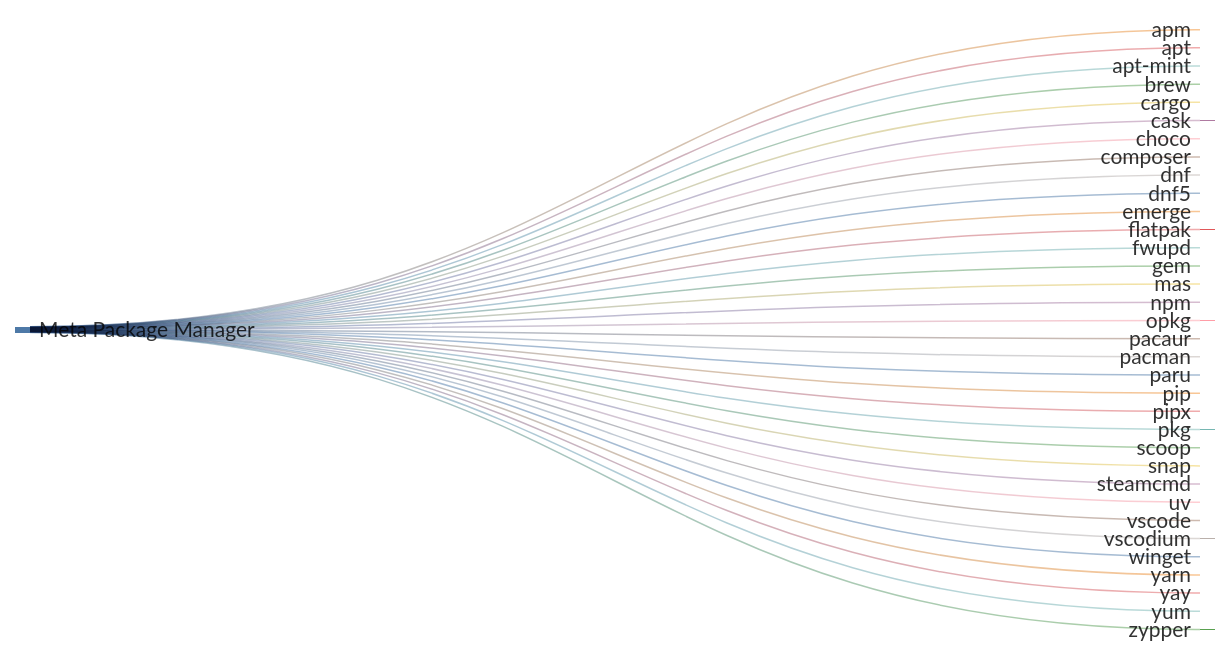
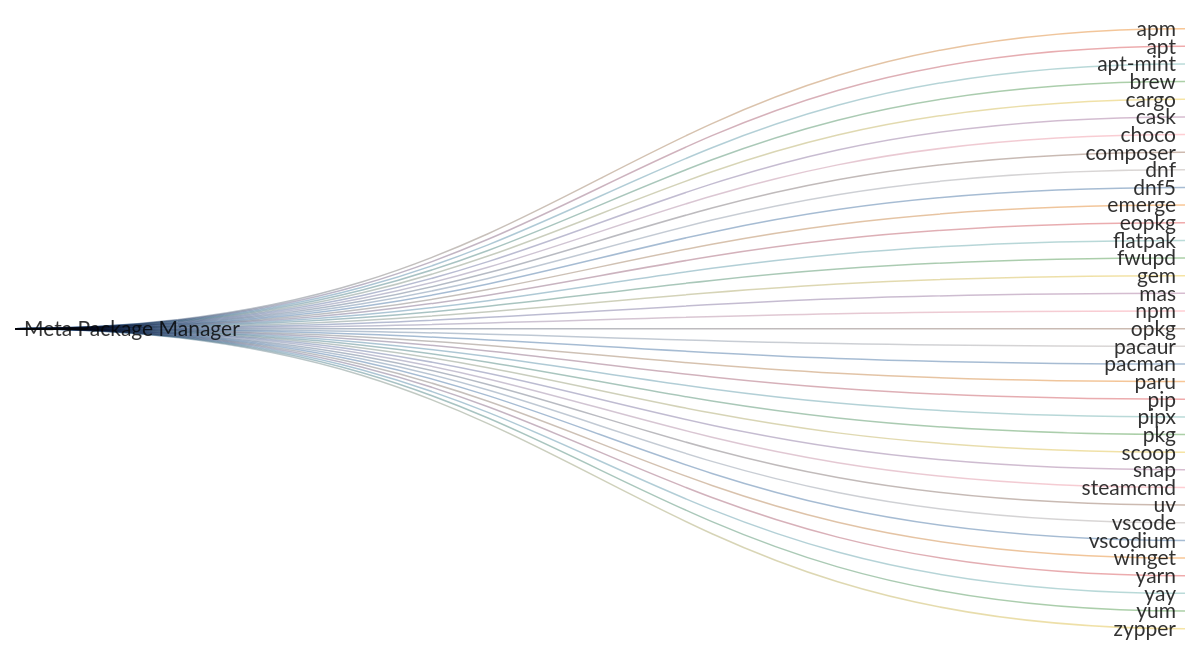
One commit to kdeldycke/meta-package-manager changed the diagram in readme.md. Above: the diagram before and after it, drawn with Mermaid. The commit also changed other lines of this file and 9 other files, not shown here.

First line of the commit message:
Add support for new eopkg manager

````diff
--- a/readme.md
+++ b/readme.md
@@ -65,41 +65,42 @@
 ```mermaid
 ---
 config: {"sankey": {"showValues": false, "width": 800, "height": 400}}
 ---
 sankey-beta
 
 Meta Package Manager,apm,1
 Meta Package Manager,apt,1
 Meta Package Manager,apt-mint,1
 Meta Package Manager,brew,1
 Meta Package Manager,cargo,1
 Meta Package Manager,cask,1
 Meta Package Manager,choco,1
 Meta Package Manager,composer,1
 Meta Package Manager,dnf,1
 Meta Package Manager,dnf5,1
 Meta Package Manager,emerge,1
+Meta Package Manager,eopkg,1
 Meta Package Manager,flatpak,1
 Meta Package Manager,fwupd,1
 Meta Package Manager,gem,1
 Meta Package Manager,mas,1
 Meta Package Manager,npm,1
 Meta Package Manager,opkg,1
 Meta Package Manager,pacaur,1
 Meta Package Manager,pacman,1
 Meta Package Manager,paru,1
 Meta Package Manager,pip,1
 Meta Package Manager,pipx,1
 Meta Package Manager,pkg,1
 Meta Package Manager,scoop,1
 Meta Package Manager,snap,1
 Meta Package Manager,steamcmd,1
 Meta Package Manager,uv,1
 Meta Package Manager,vscode,1
 Meta Package Manager,vscodium,1
 Meta Package Manager,winget,1
 Meta Package Manager,yarn,1
 Meta Package Manager,yay,1
 Meta Package Manager,yum,1
 Meta Package Manager,zypper,1
 ```
````
